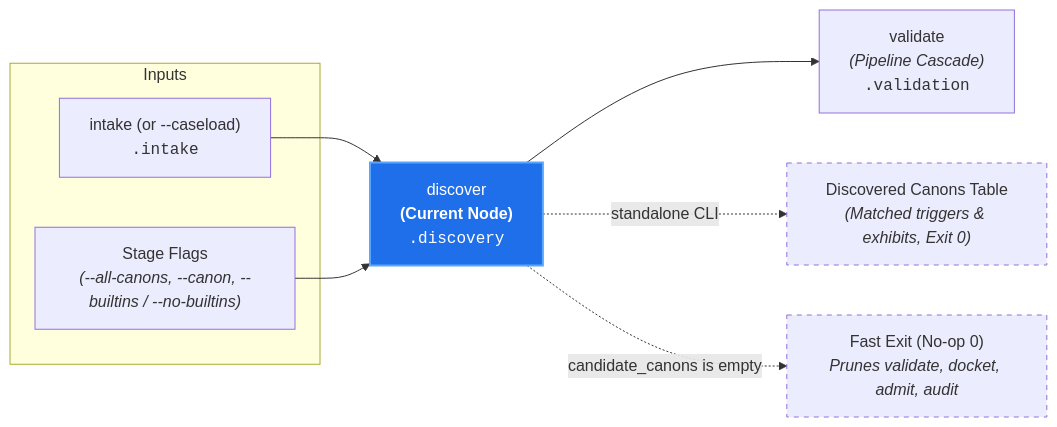
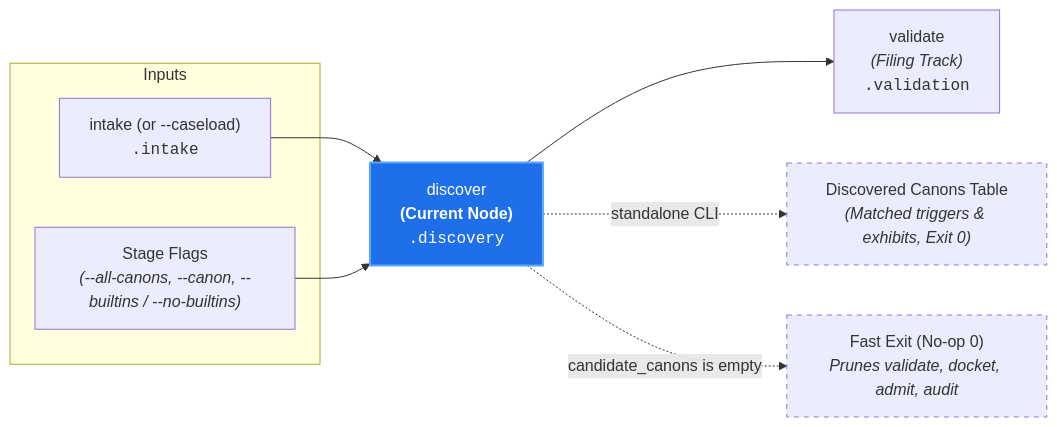
The diagram in docs/architecture/nodes/discover.md (PAIR-code/canon-clerk), drawn with Mermaid before and after one commit. The commit also changed other lines of this file and 18 other files, not shown here.

````diff
--- a/docs/architecture/nodes/discover.md
+++ b/docs/architecture/nodes/discover.md
@@ -29,18 +29,18 @@
 ```mermaid
 flowchart LR
     subgraph Inputs["Inputs"]
         Intake["intake (or --caseload)<br/><code>.intake</code>"]
         Params["Stage Flags<br/><i>(--all-canons, --canon, --builtins / --no-builtins)</i>"]
     end
 
     Intake --> Discover["discover<br/><b>(Current Node)</b><br/><code>.discovery</code>"]
     Params --> Discover
 
-    Discover --> Validate["validate<br/><i>(Pipeline Cascade)</i><br/><code>.validation</code>"]
+    Discover --> Validate["validate<br/><i>(Filing Track)</i><br/><code>.validation</code>"]
     Discover -. "standalone CLI" .-> DiscoveryReport["Discovered Canons Table<br/><i>(Matched triggers & exhibits, Exit 0)</i>"]
     Discover -. "candidate_canons is empty" .-> FastExit["Fast Exit (No-op 0)<br/><i>Prunes validate, docket, admit, audit</i>"]
 
     style Discover fill:#1f6feb,stroke:#58a6ff,stroke-width:2px,color:#fff
     style DiscoveryReport stroke-dasharray: 5 5
     style FastExit stroke-dasharray: 5 5
 ```
````
